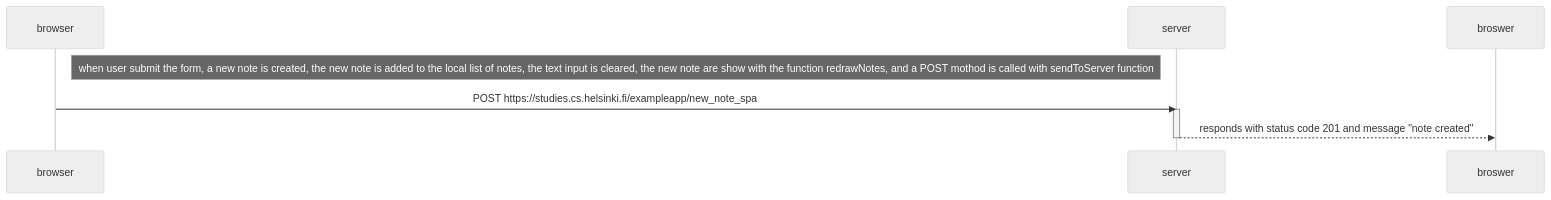
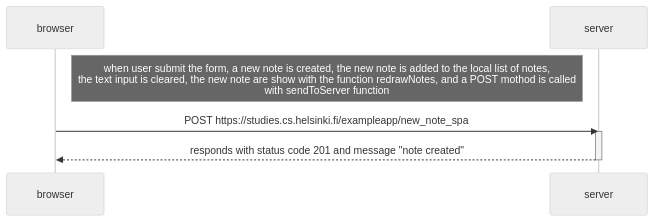
One commit to jvitor79/full-stack-open changed the diagram in part0/0.6/diagram.md. Above: the diagram before and after it, drawn with Mermaid (neutral theme). The commit also changed 2 other files, not shown here.

Commit message:
Typing fixes

````diff
--- a/part0/0.6/diagram.md
+++ b/part0/0.6/diagram.md
@@ -1,12 +1,12 @@
 ```mermaid
 sequenceDiagram
     participant browser
     participant server
 
-    note right of browser: when user submit the form, a new note is created, the new note is added to the local list of notes, the text input is cleared, the new note are show with the function redrawNotes, and a POST mothod is called with sendToServer function
+    note right of browser: when user submit the form, a new note is created, the new note is added to the local list of notes, <br> the text input is cleared, the new note are show with the function redrawNotes, and a POST mothod is called <br>with sendToServer function
 
     browser->>server: POST https://studies.cs.helsinki.fi/exampleapp/new_note_spa
     activate server
-    server-->>broswer: responds with status code 201 and message "note created"
+    server-->>browser: responds with status code 201 and message "note created"
     deactivate server
 ```
````
